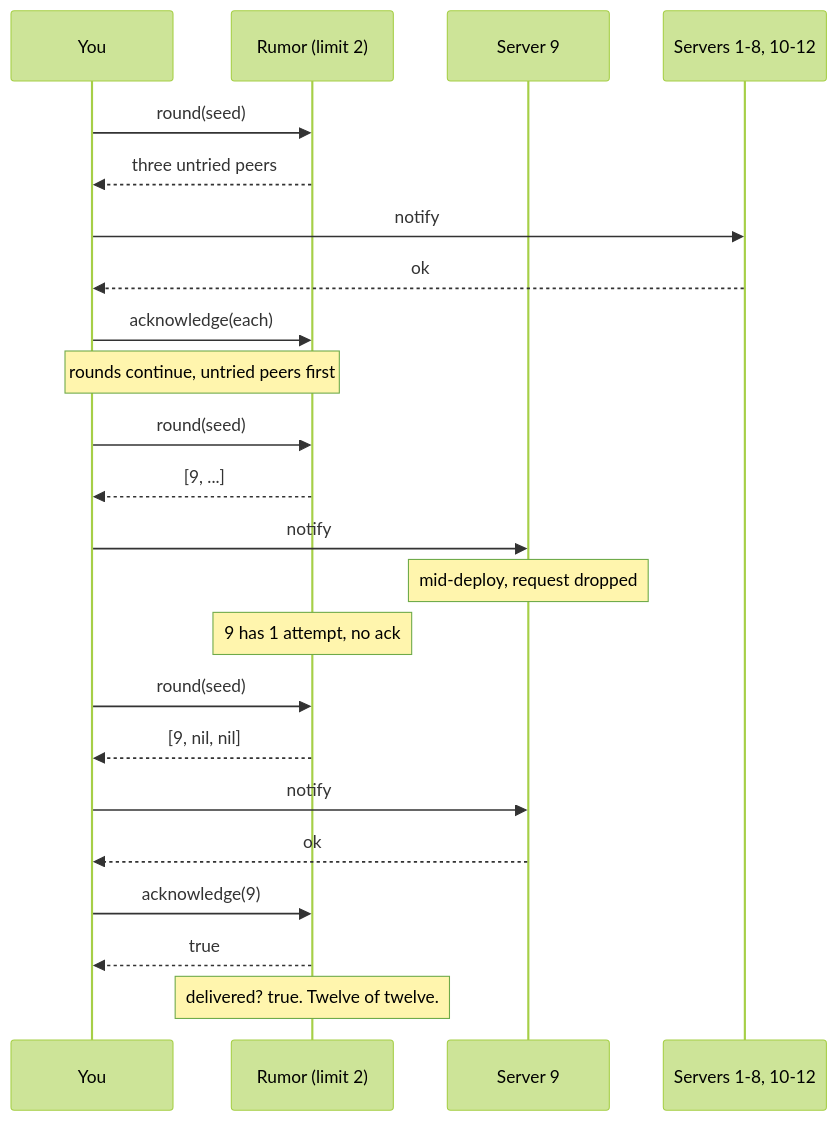
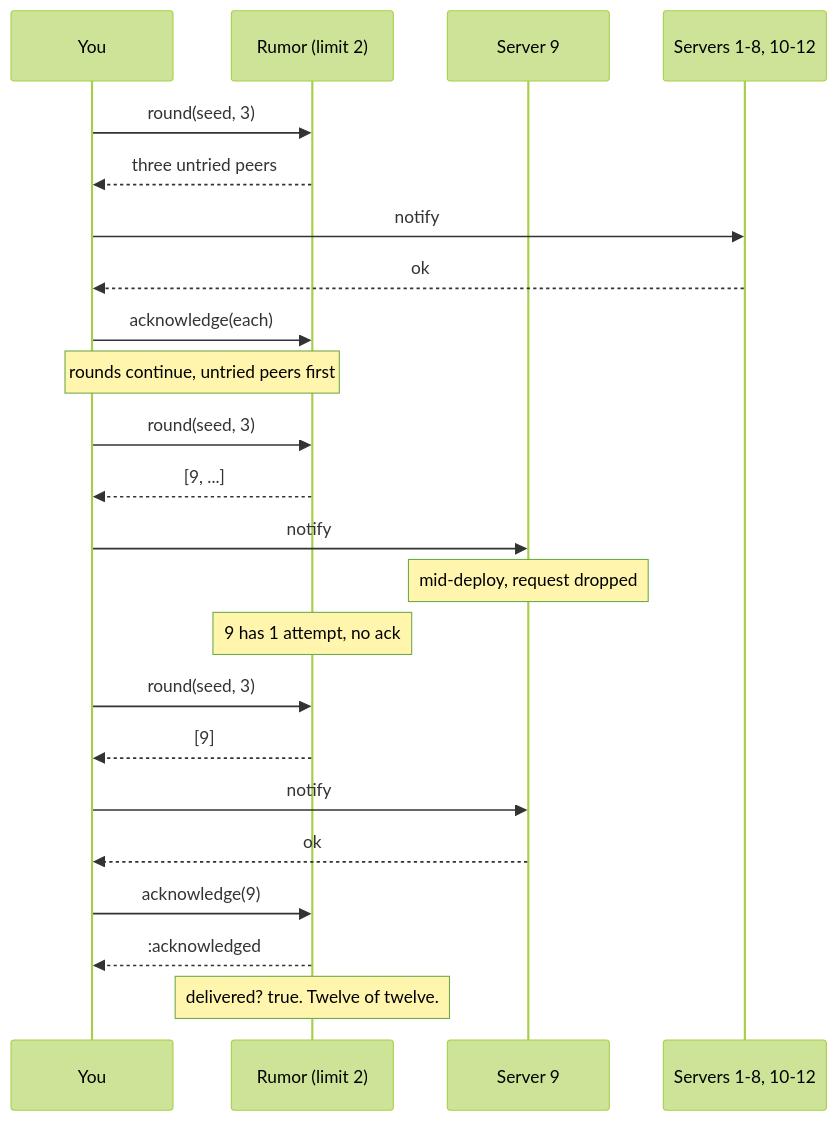
The second of 2 diagrams in README.md (seuros/gossip_machines), drawn with Mermaid (forest theme) before and after one commit. The commit also changed other lines of this file and 10 other files, not shown here.

````diff
--- a/README.md
+++ b/README.md
@@ -75,30 +76,30 @@
 ```mermaid
 sequenceDiagram
     participant You
     participant R as Rumor (limit 2)
     participant S9 as Server 9
     participant Rest as Servers 1-8, 10-12
 
-    You->>R: round(seed)
+    You->>R: round(seed, 3)
     R-->>You: three untried peers
     You->>Rest: notify
     Rest-->>You: ok
     You->>R: acknowledge(each)
 
     Note over You,R: rounds continue, untried peers first
 
-    You->>R: round(seed)
+    You->>R: round(seed, 3)
     R-->>You: [9, ...]
     You->>S9: notify
     Note over S9: mid-deploy, request dropped
     Note over R: 9 has 1 attempt, no ack
 
-    You->>R: round(seed)
-    R-->>You: [9, nil, nil]
+    You->>R: round(seed, 3)
+    R-->>You: [9]
     You->>S9: notify
     S9-->>You: ok
     You->>R: acknowledge(9)
-    R-->>You: true
+    R-->>You: :acknowledged
 
     Note over R: delivered? true. Twelve of twelve.
 ```
````
